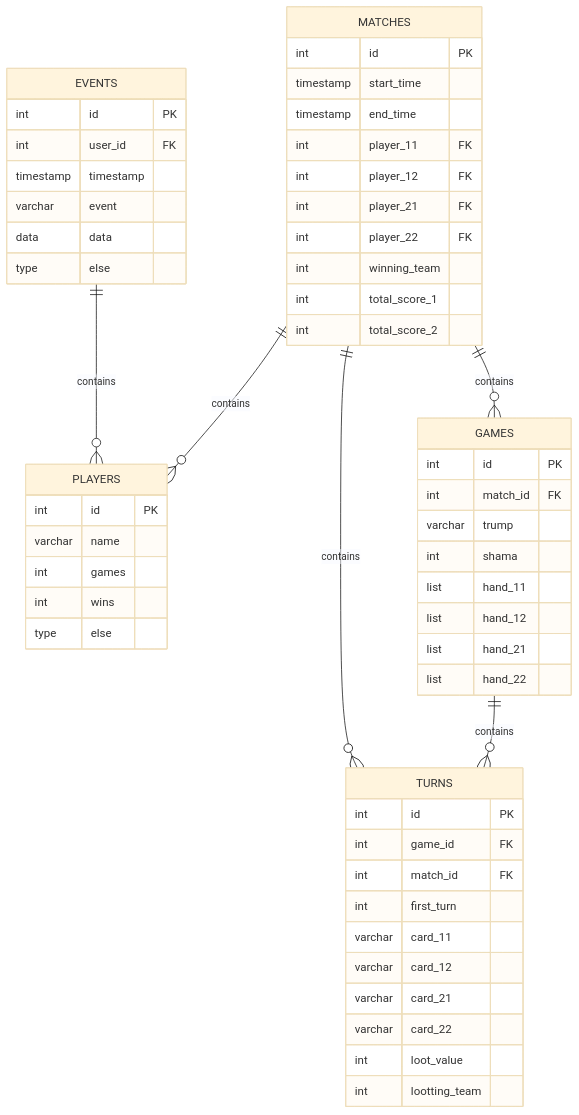
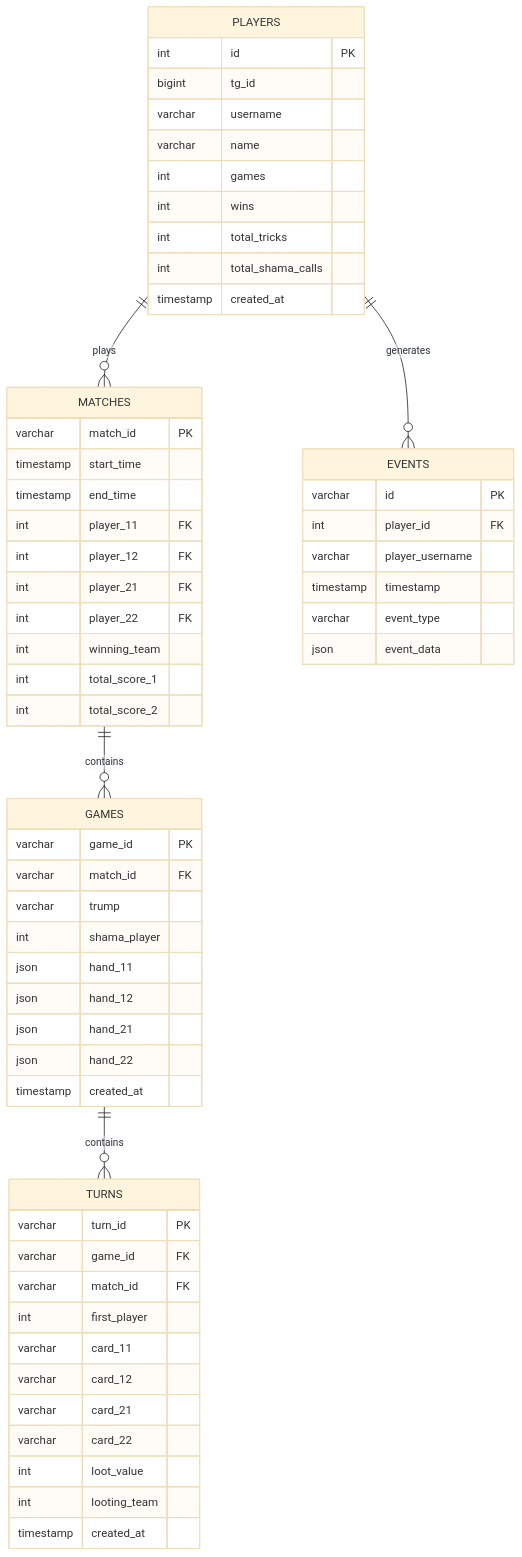
One commit to Arroch/ShamaCardGame changed the diagram in TECHNICAL_SPEC.md. Above: the diagram before and after it, drawn with Mermaid (base theme). The commit also changed other lines of this file and 11 other files, not shown here.

````diff
--- a/TECHNICAL_SPEC.md
+++ b/TECHNICAL_SPEC.md
@@ -95,57 +183,63 @@
 ```mermaid
 erDiagram
-    EVENTS ||--o{ PLAYERS : contains
-    MATCHES ||--o{ PLAYERS : contains
+    PLAYERS ||--o{ MATCHES : plays
     MATCHES ||--o{ GAMES : contains
-    MATCHES ||--o{ TURNS : contains
     GAMES ||--o{ TURNS : contains
-    EVENTS {
+    PLAYERS ||--o{ EVENTS : generates
+
+    PLAYERS {
         int id PK
-        int user_id FK
-        timestamp timestamp
-        varchar event
-        data data
-        type else
+        bigint tg_id
+        varchar username
+        varchar name
+        int games
+        int wins
+        int total_tricks
+        int total_shama_calls
+        timestamp created_at
     }
     MATCHES {
-        int id PK 
+        varchar match_id PK
         timestamp start_time
         timestamp end_time
         int player_11 FK
         int player_12 FK
         int player_21 FK
         int player_22 FK
         int winning_team
         int total_score_1
         int total_score_2
     }
     GAMES {
-        int id PK
-        int match_id FK
+        varchar game_id PK
+        varchar match_id FK
         varchar trump
-        int shama
-        list hand_11
-        list hand_12
-        list hand_21
-        list hand_22
+        int shama_player
+        json hand_11
+        json hand_12
+        json hand_21
+        json hand_22
+        timestamp created_at
     }
     TURNS {
-        int id PK
-        int game_id FK
-        int match_id FK
-        int first_turn
+        varchar turn_id PK
+        varchar game_id FK
+        varchar match_id FK
+        int first_player
         varchar card_11
         varchar card_12
         varchar card_21
         varchar card_22
         int loot_value
-        int lootting_team
+        int looting_team
+        timestamp created_at
     }
-    PLAYERS {
-        int id PK
-        varchar name
-        int games
-        int wins
-        type else
+    EVENTS {
+        varchar id PK
+        int player_id FK
+        varchar player_username
+        timestamp timestamp
+        varchar event_type
+        json event_data
     }
 ```
````
